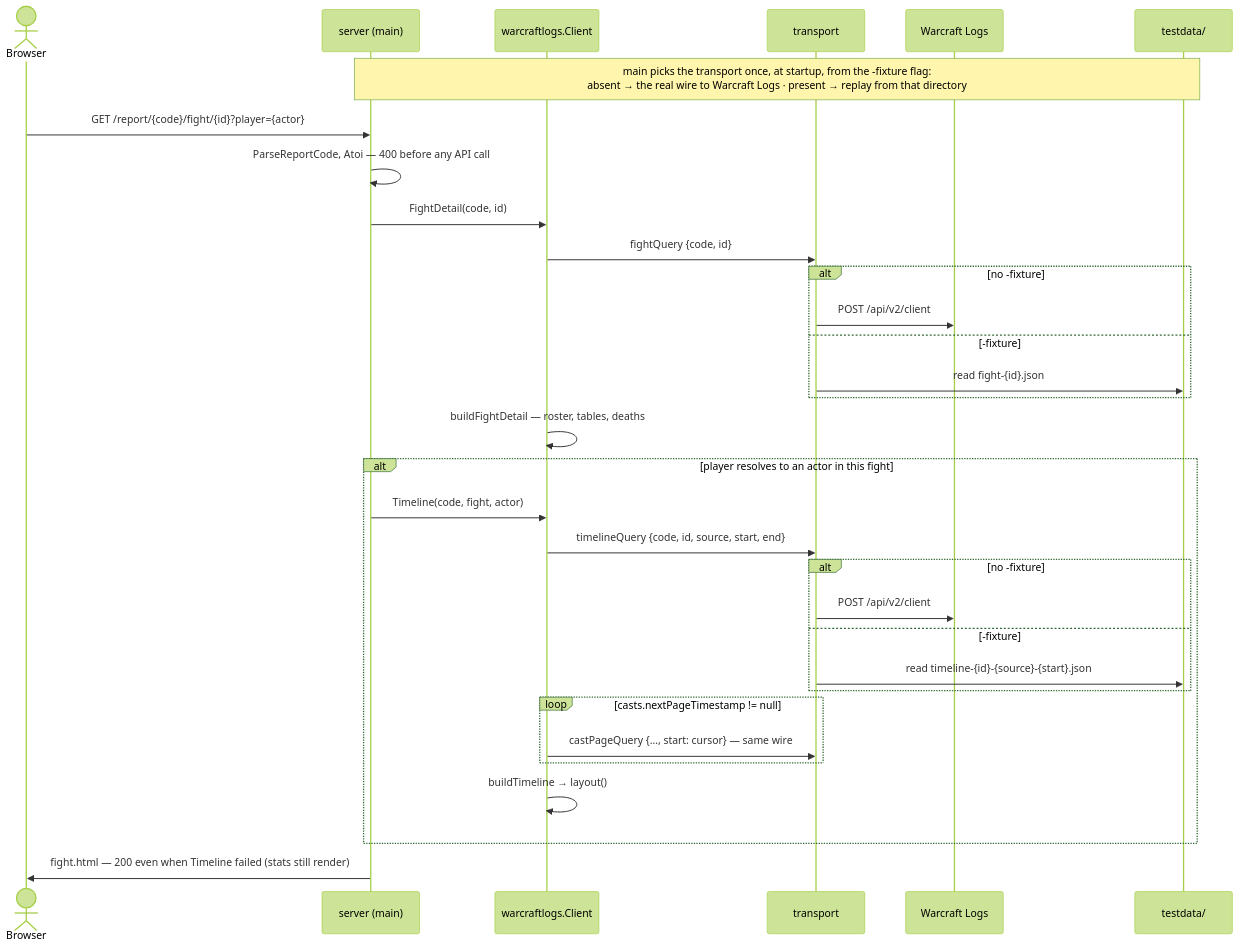
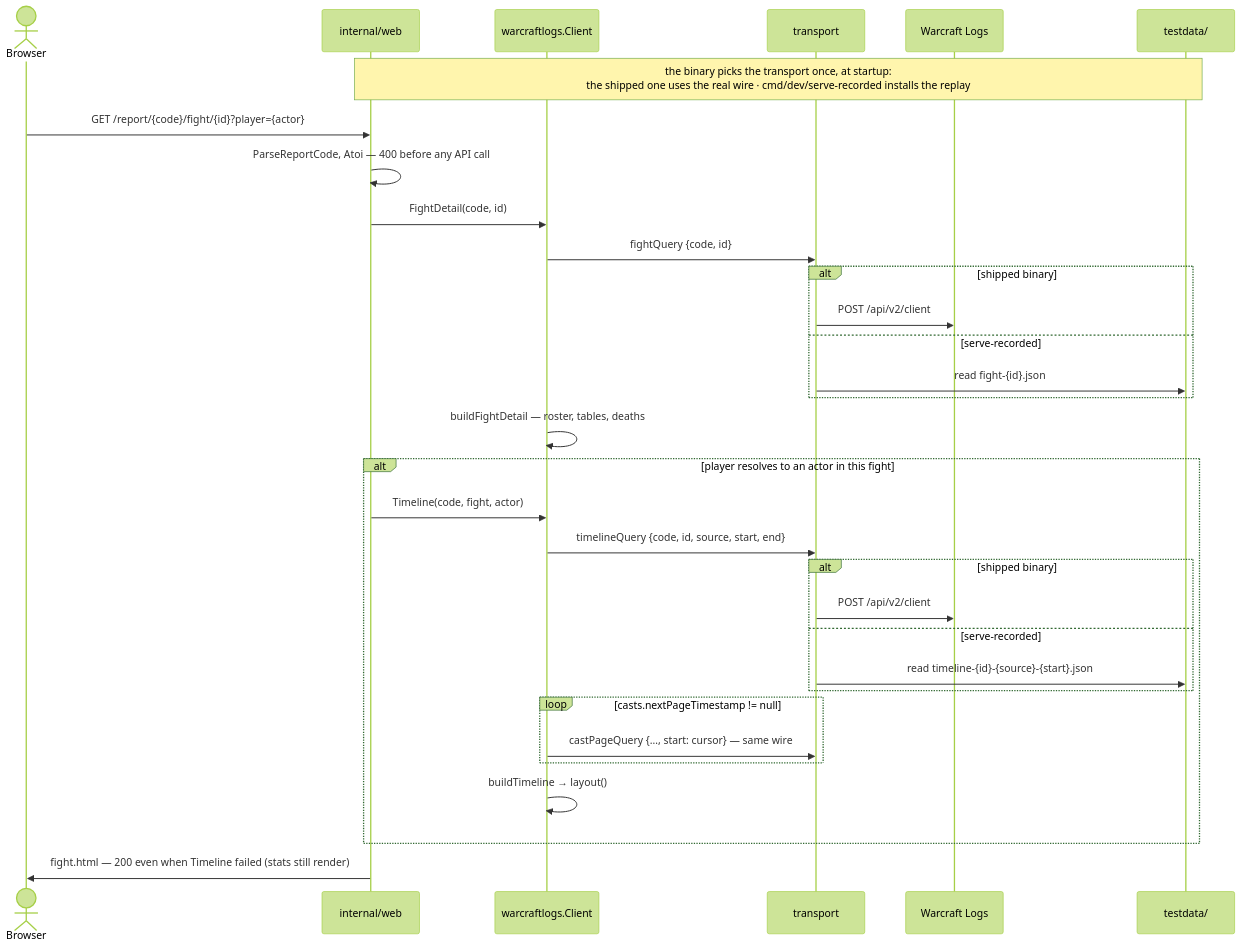
One commit to Gabriel2048/wow-insights changed the third of 3 diagrams in ARCHITECTURE.md. Above: the diagram before and after it, drawn with Mermaid (forest theme). The commit also changed other lines of this file and 19 other files, not shown here.

First line of the commit message:
Move the offline replay into cmd/dev/serve-recorded and the recorder into cmd/dev/record (#30)

````diff
--- a/ARCHITECTURE.md
+++ b/ARCHITECTURE.md
@@ -103,36 +118,36 @@
 ```mermaid
 sequenceDiagram
     actor B as Browser
-    participant S as server (main)
+    participant S as internal/web
     participant C as warcraftlogs.Client
     participant T as transport
     participant W as Warcraft Logs
     participant F as testdata/
 
-    Note over S,F: main picks the transport once, at startup, from the -fixture flag:<br/>absent → the real wire to Warcraft Logs · present → replay from that directory
+    Note over S,F: the binary picks the transport once, at startup:<br/>the shipped one uses the real wire · cmd/dev/serve-recorded installs the replay
 
     B->>S: GET /report/{code}/fight/{id}?player={actor}
     S->>S: ParseReportCode, Atoi — 400 before any API call
     S->>C: FightDetail(code, id)
     C->>T: fightQuery {code, id}
-    alt no -fixture
+    alt shipped binary
         T->>W: POST /api/v2/client
-    else -fixture
+    else serve-recorded
         T->>F: read fight-{id}.json
     end
     C->>C: buildFightDetail — roster, tables, deaths
     alt player resolves to an actor in this fight
         S->>C: Timeline(code, fight, actor)
         C->>T: timelineQuery {code, id, source, start, end}
-        alt no -fixture
+        alt shipped binary
             T->>W: POST /api/v2/client
-        else -fixture
+        else serve-recorded
             T->>F: read timeline-{id}-{source}-{start}.json
         end
         loop casts.nextPageTimestamp != null
             C->>T: castPageQuery {…, start: cursor} — same wire
         end
         C->>C: buildTimeline → layout()
     end
     S->>B: fight.html — 200 even when Timeline failed (stats still render)
 ```
````
